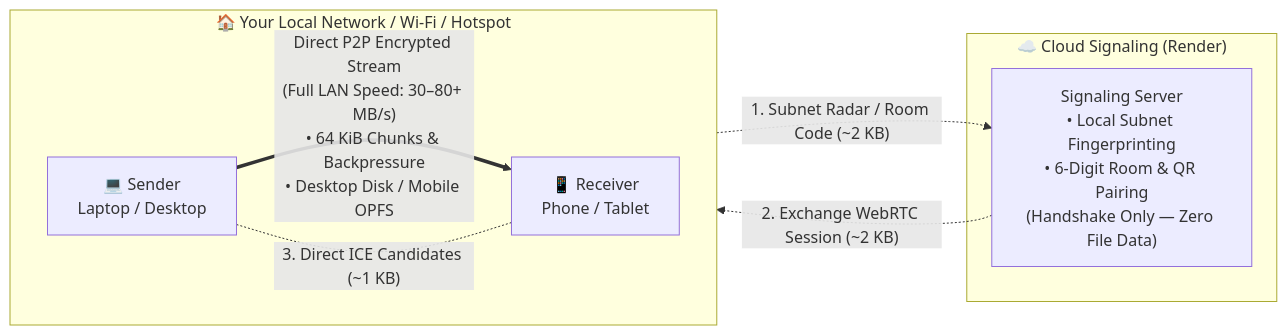
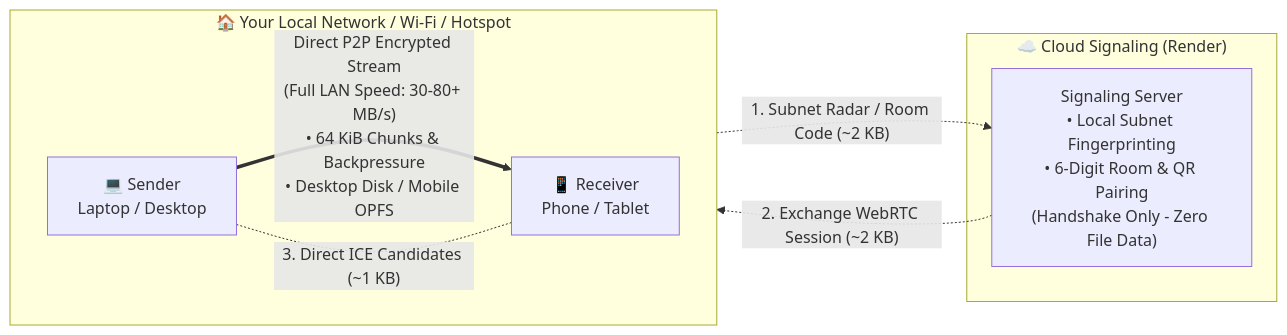
Before and after one commit to bilalzulfiqar-pk/lan-share: the first of 2 diagrams in README.md, drawn with Mermaid. The commit also changed other lines of this file and 24 other files, not shown here.

Commit message:
fix(webrtc): resolve mobile hotspot glare deadlock, extender prflx LAN classification, and modal z-index

````diff
--- a/README.md
+++ b/README.md
@@ -72,18 +72,18 @@
 ```mermaid
 flowchart LR
     subgraph Cloud ["☁️ Cloud Signaling (Render)"]
-        Server["Signaling Server<br/>• Local Subnet Fingerprinting<br/>• 6-Digit Room & QR Pairing<br/>(Handshake Only — Zero File Data)"]
+        Server["Signaling Server<br/>• Local Subnet Fingerprinting<br/>• 6-Digit Room & QR Pairing<br/>(Handshake Only - Zero File Data)"]
     end
 
     subgraph LocalNet ["🏠 Your Local Network / Wi-Fi / Hotspot"]
         direction LR
         DevA["💻 Sender<br/>Laptop / Desktop"]
         DevB["📱 Receiver<br/>Phone / Tablet"]
         
-        DevA == "Direct P2P Encrypted Stream<br/>(Full LAN Speed: 30–80+ MB/s)<br/>• 64 KiB Chunks & Backpressure<br/>• Desktop Disk / Mobile OPFS" ==> DevB
+        DevA == "Direct P2P Encrypted Stream<br/>(Full LAN Speed: 30-80+ MB/s)<br/>• 64 KiB Chunks & Backpressure<br/>• Desktop Disk / Mobile OPFS" ==> DevB
     end
 
     DevA -. "1. Subnet Radar / Room Code (~2 KB)" .-> Server
     Server -. "2. Exchange WebRTC Session (~2 KB)" .-> DevB
     DevA -. "3. Direct ICE Candidates (~1 KB)" .- DevB
 ```
````
